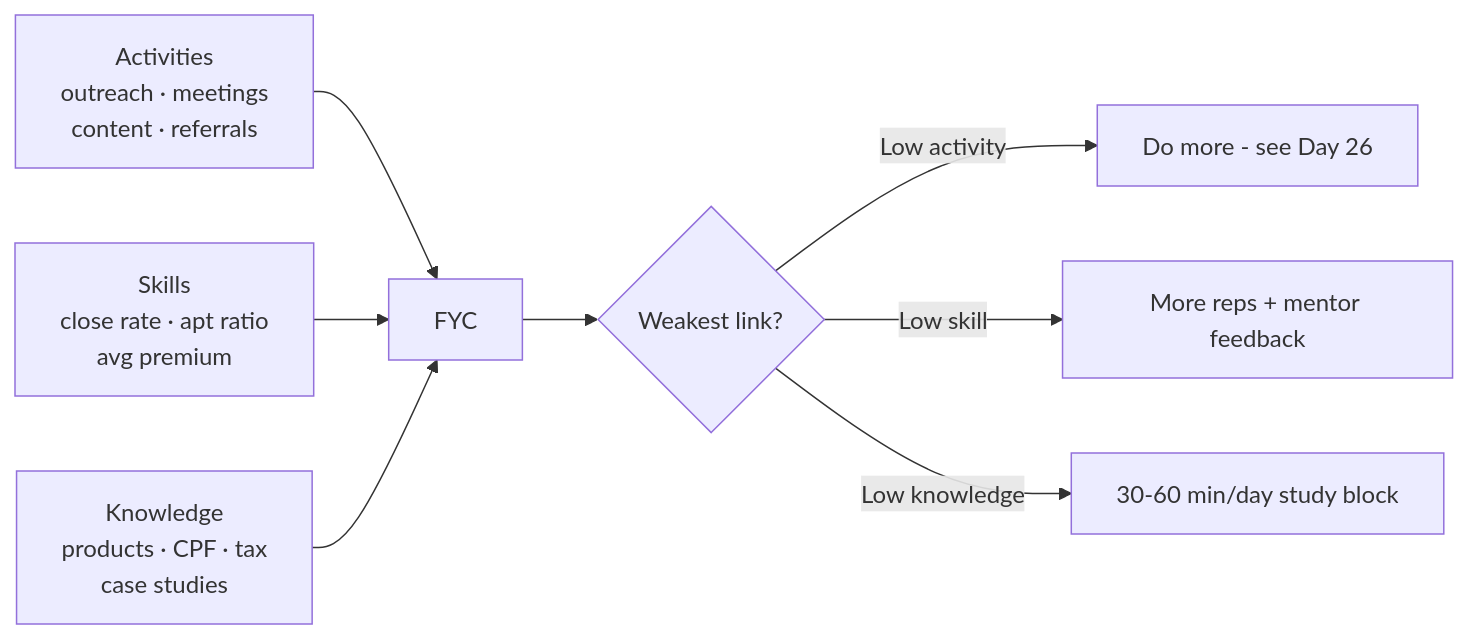
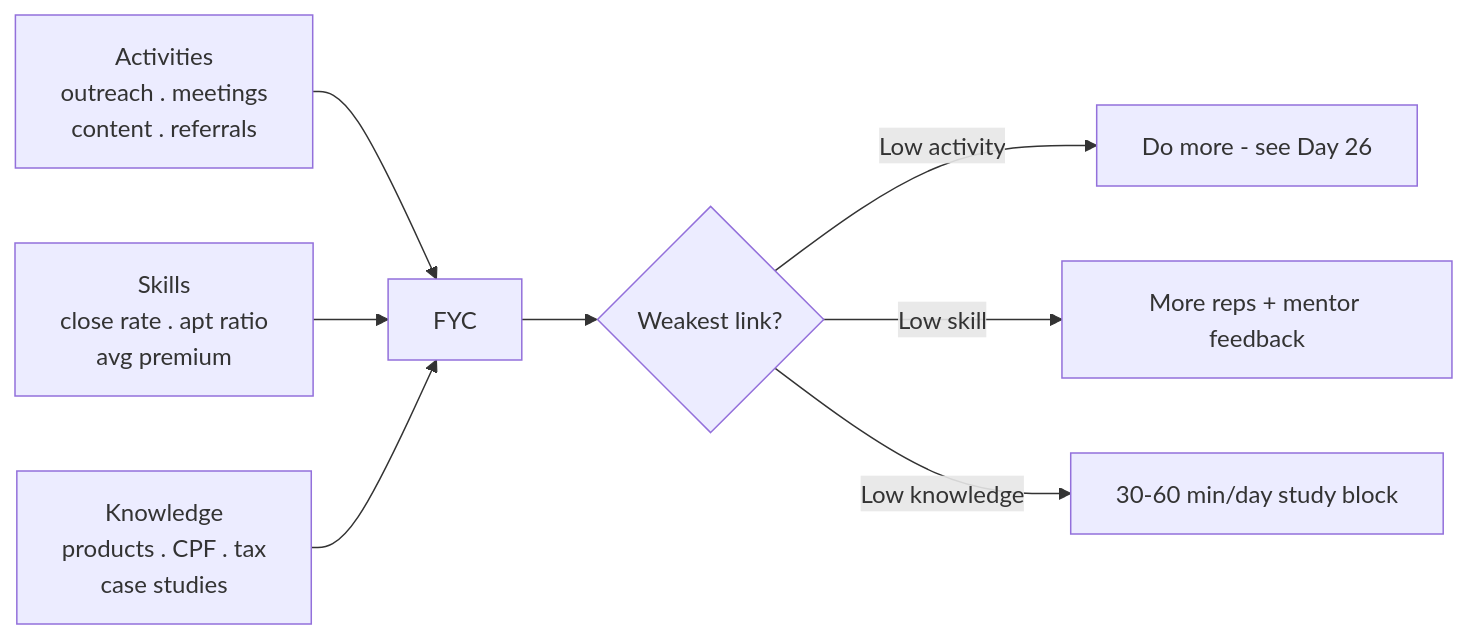
One commit to leotansingapore/aia-product-compass-hub changed the first of 2 diagrams in docs/first-60-days/week-5/day-27.md. Above: the diagram before and after it, drawn with Mermaid. The commit also changed other lines of this file and 75 other files, not shown here.

````diff
--- a/docs/first-60-days/week-5/day-27.md
+++ b/docs/first-60-days/week-5/day-27.md
@@ -30,10 +30,10 @@
 ```mermaid
 flowchart LR
-    A["Activities<br/>outreach · meetings<br/>content · referrals"] --> FYC["FYC"]
-    B["Skills<br/>close rate · apt ratio<br/>avg premium"] --> FYC
-    C["Knowledge<br/>products · CPF · tax<br/>case studies"] --> FYC
+    A["Activities<br/>outreach . meetings<br/>content . referrals"] --> FYC["FYC"]
+    B["Skills<br/>close rate . apt ratio<br/>avg premium"] --> FYC
+    C["Knowledge<br/>products . CPF . tax<br/>case studies"] --> FYC
     FYC --> D{"Weakest link?"}
     D -- "Low activity" --> E["Do more - see Day 26"]
     D -- "Low skill" --> F["More reps + mentor feedback"]
     D -- "Low knowledge" --> G["30-60 min/day study block"]
 ```
````
